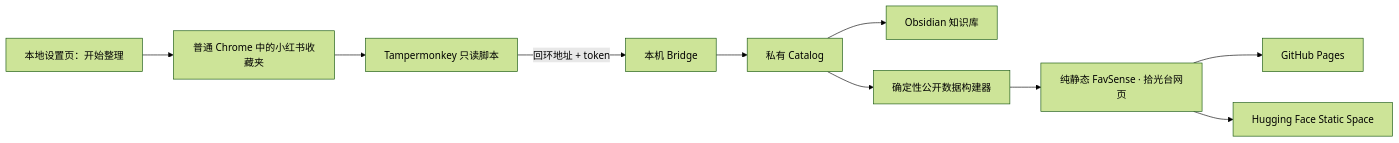
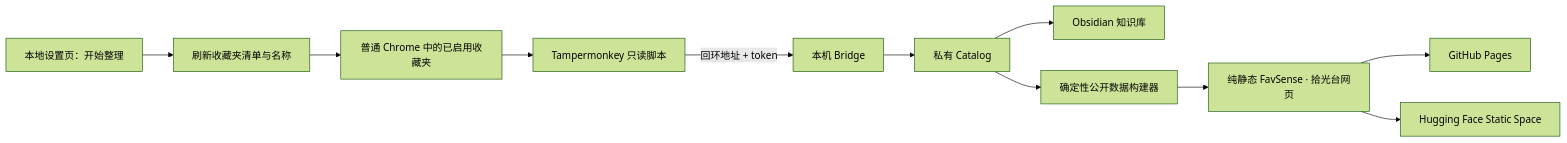
The diagram in docs/ARCHITECTURE.md (rowland-dot/favsense), drawn with Mermaid (forest theme) before and after one commit. The commit also changed other lines of this file and 13 other files, not shown here.

````diff
--- a/docs/ARCHITECTURE.md
+++ b/docs/ARCHITECTURE.md
@@ -5,12 +5,13 @@
 ```mermaid
 flowchart LR
-  CLICK["本地设置页：开始整理"] --> XHS["普通 Chrome 中的小红书收藏夹"]
+  CLICK["本地设置页：开始整理"] --> PROFILE["刷新收藏夹清单与名称"]
+  PROFILE --> XHS["普通 Chrome 中的已启用收藏夹"]
   XHS --> TM["Tampermonkey 只读脚本"]
   TM -->|"回环地址 + token"| BRIDGE["本机 Bridge"]
   BRIDGE --> CATALOG["私有 Catalog"]
   CATALOG --> KB["Obsidian 知识库"]
   CATALOG --> BUILD["确定性公开数据构建器"]
   BUILD --> SITE["纯静态 FavSense · 拾光台网页"]
   SITE --> GH["GitHub Pages"]
   SITE --> HF["Hugging Face Static Space"]
 ```
````
